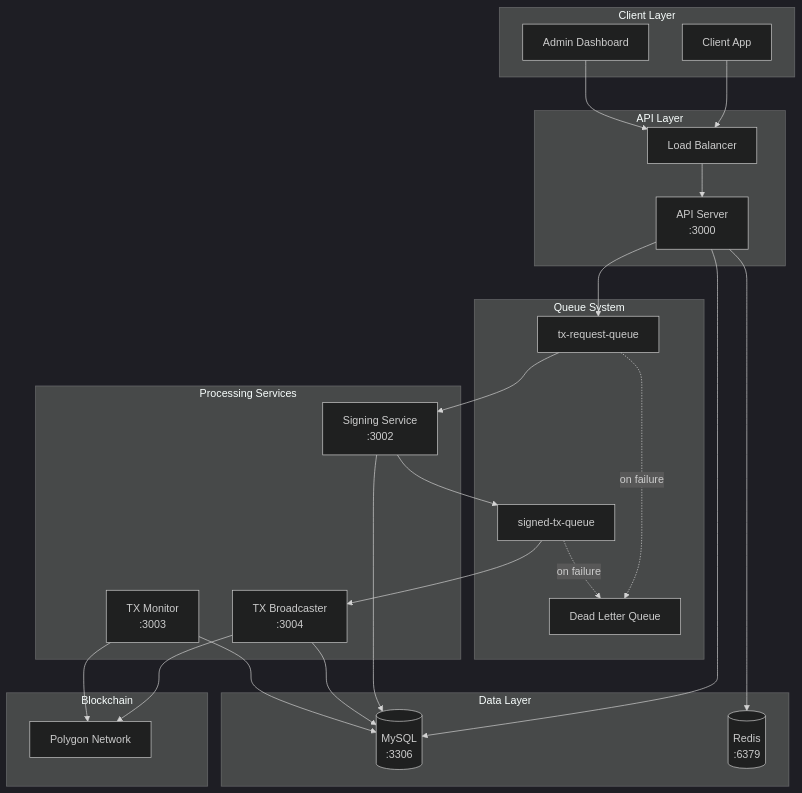
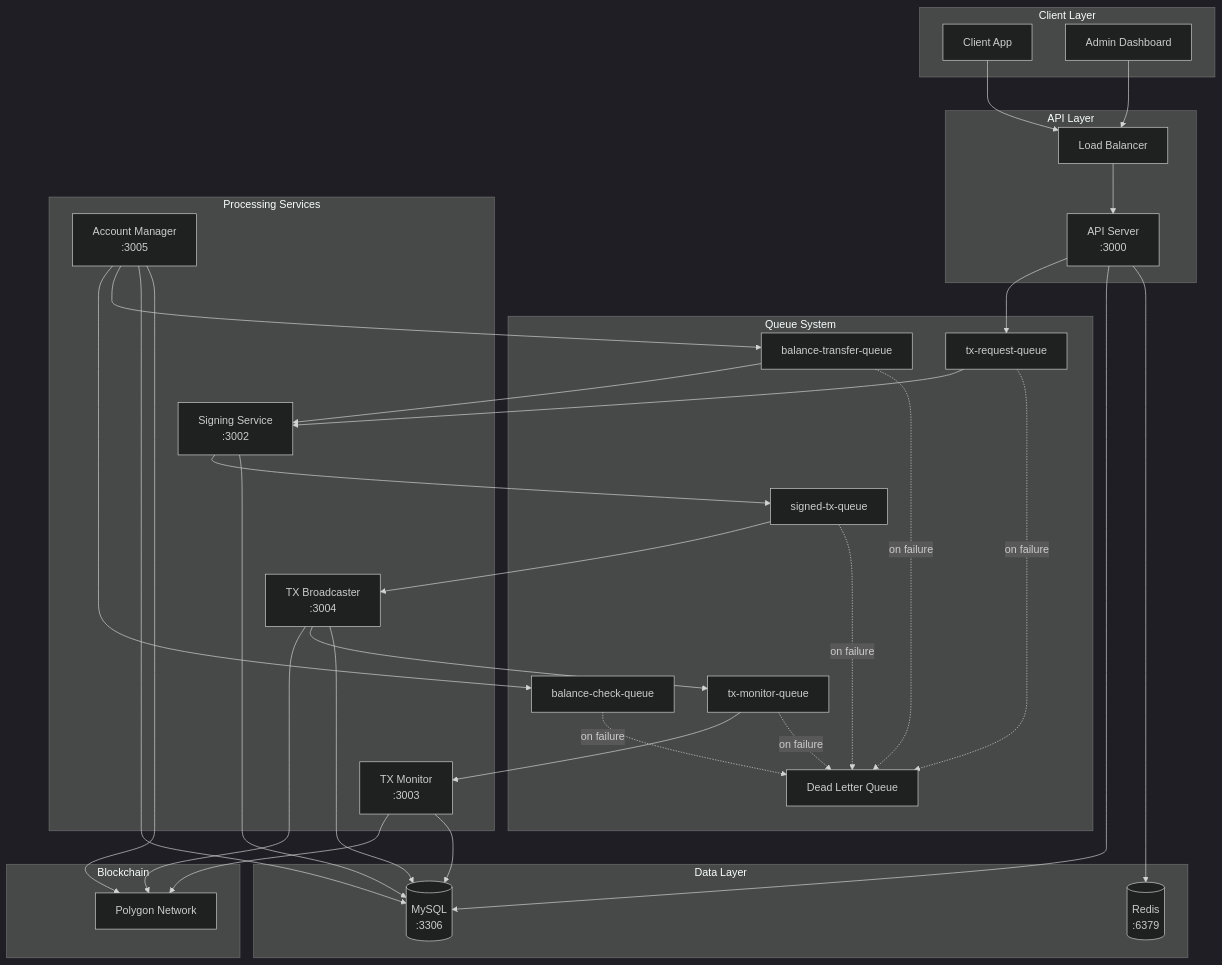
One commit to globalmsq/asset-withdrawal-monorepo changed the diagram in README.md. Above: the diagram before and after it, drawn with Mermaid (dark theme). The commit also changed other lines of this file, not shown here.

First line of the commit message:
[BFS-32] docs: update README with Account Manager and fix API references

````diff
--- a/README.md
+++ b/README.md
@@ -125,55 +134,70 @@
 ```mermaid
 graph TB
     subgraph "Client Layer"
         Client[Client App]
         Admin[Admin Dashboard]
     end
 
     subgraph "API Layer"
         ALB[Load Balancer]
         API[API Server<br/>:3000]
     end
 
     subgraph "Queue System"
         SQS1[tx-request-queue]
         SQS2[signed-tx-queue]
+        SQS3[tx-monitor-queue]
+        SQS4[balance-check-queue]
+        SQS5[balance-transfer-queue]
         DLQ[Dead Letter Queue]
     end
 
     subgraph "Processing Services"
         Signer[Signing Service<br/>:3002]
         Broadcaster[TX Broadcaster<br/>:3004]
         Monitor[TX Monitor<br/>:3003]
+        AcctMgr[Account Manager<br/>:3005]
     end
 
     subgraph "Data Layer"
         MySQL[(MySQL<br/>:3306)]
         Redis[(Redis<br/>:6379)]
     end
 
     subgraph "Blockchain"
         Polygon[Polygon Network]
     end
 
     Client --> ALB
     Admin --> ALB
     ALB --> API
 
     API --> SQS1
     API --> MySQL
     API --> Redis
 
     SQS1 --> Signer
     Signer --> SQS2
     Signer --> MySQL
 
     SQS2 --> Broadcaster
     Broadcaster --> Polygon
+    Broadcaster --> SQS3
     Broadcaster --> MySQL
 
+    SQS3 --> Monitor
     Monitor --> Polygon
     Monitor --> MySQL
 
+    AcctMgr --> SQS4
+    AcctMgr --> SQS5
+    AcctMgr --> MySQL
+    AcctMgr --> Polygon
+    SQS5 --> Signer
+
     SQS1 -.->|on failure| DLQ
     SQS2 -.->|on failure| DLQ
+    SQS3 -.->|on failure| DLQ
+    SQS4 -.->|on failure| DLQ
+    SQS5 -.->|on failure| DLQ
 ```
````
